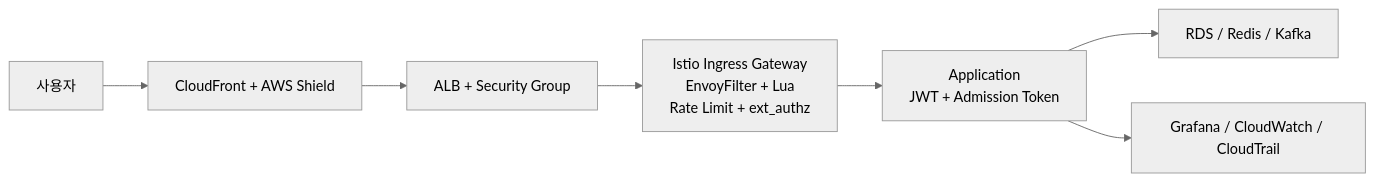
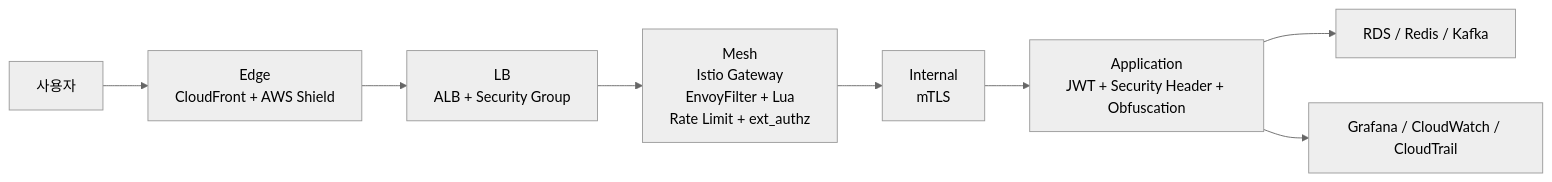
Before and after one commit to goorm-gongbang/001-finalPR: the diagram in docs/content/security/flow.md, drawn with Mermaid (neutral theme). The commit also changed other lines of this file and 4 other files, not shown here.

````diff
--- a/docs/content/security/flow.md
+++ b/docs/content/security/flow.md
@@ -9,9 +9,10 @@
 ```mermaid
 flowchart LR
-    USER["사용자"] --> EDGE["CloudFront + AWS Shield"]
-    EDGE --> ALB["ALB + Security Group"]
-    ALB --> GATEWAY["Istio Ingress Gateway<br/>EnvoyFilter + Lua<br/>Rate Limit + ext_authz"]
-    GATEWAY --> APP["Application<br/>JWT + Admission Token"]
+    USER["사용자"] --> EDGE["Edge<br/>CloudFront + AWS Shield"]
+    EDGE --> LB["LB<br/>ALB + Security Group"]
+    LB --> MESH["Mesh<br/>Istio Gateway<br/>EnvoyFilter + Lua<br/>Rate Limit + ext_authz"]
+    MESH --> INTERNAL["Internal<br/>mTLS"]
+    INTERNAL --> APP["Application<br/>JWT + Security Header + Obfuscation"]
     APP --> DATA["RDS / Redis / Kafka"]
     APP --> OBS["Grafana / CloudWatch / CloudTrail"]
 ```
````
